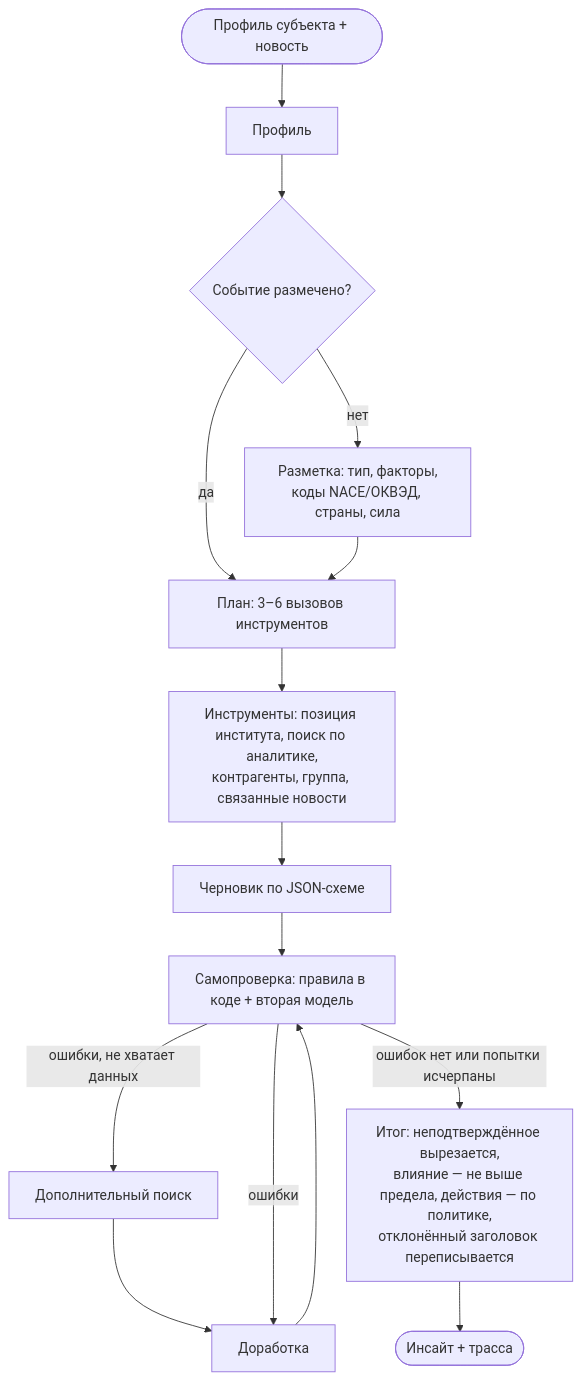
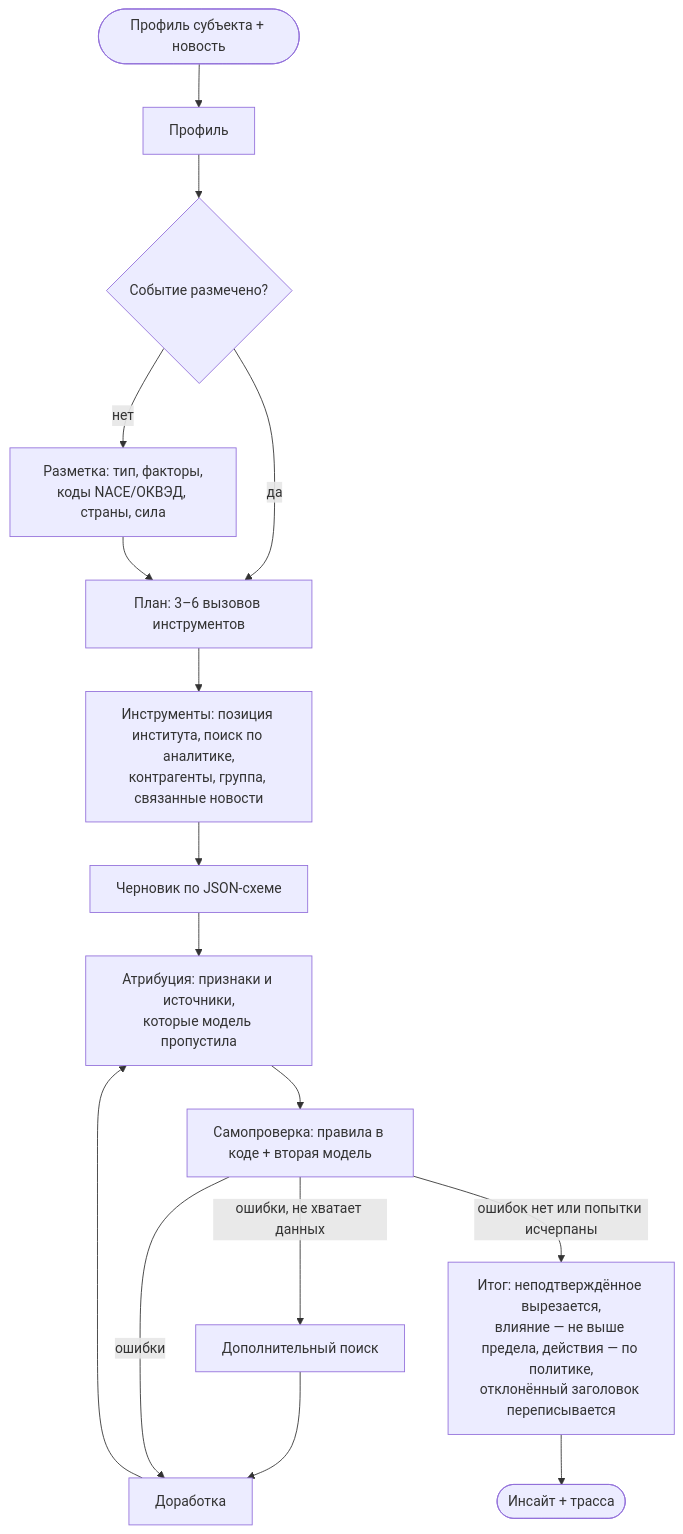
One commit to Rinneway/refract changed the diagram in README.ru.md. Above: the diagram before and after it, drawn with Mermaid. The commit also changed other lines of this file and 22 other files, not shown here.

````diff
--- a/README.ru.md
+++ b/README.ru.md
@@ -50,17 +50,18 @@
 ```mermaid
 flowchart TB
     IN([Профиль субъекта + новость]) --> P[Профиль]
     P --> T{Событие размечено?}
     T -- нет --> C[Разметка: тип, факторы,<br/>коды NACE/ОКВЭД, страны, сила]
     T -- да --> PL
     C --> PL[План: 3–6 вызовов инструментов]
     PL --> TL[Инструменты: позиция института, поиск по аналитике,<br/>контрагенты, группа, связанные новости]
     TL --> D[Черновик по JSON-схеме]
-    D --> V[Самопроверка: правила в коде + вторая модель]
+    D --> A[Атрибуция: признаки и источники,<br/>которые модель пропустила]
+    A --> V[Самопроверка: правила в коде + вторая модель]
     V -- ошибки, не хватает данных --> M[Дополнительный поиск]
     M --> R[Доработка]
     V -- ошибки --> R
-    R --> V
+    R --> A
     V -- ошибок нет или попытки исчерпаны --> F[Итог: неподтверждённое вырезается,<br/>влияние — не выше предела, действия — по политике,<br/>отклонённый заголовок переписывается]
     F --> OUT([Инсайт + трасса])
 ```
````
